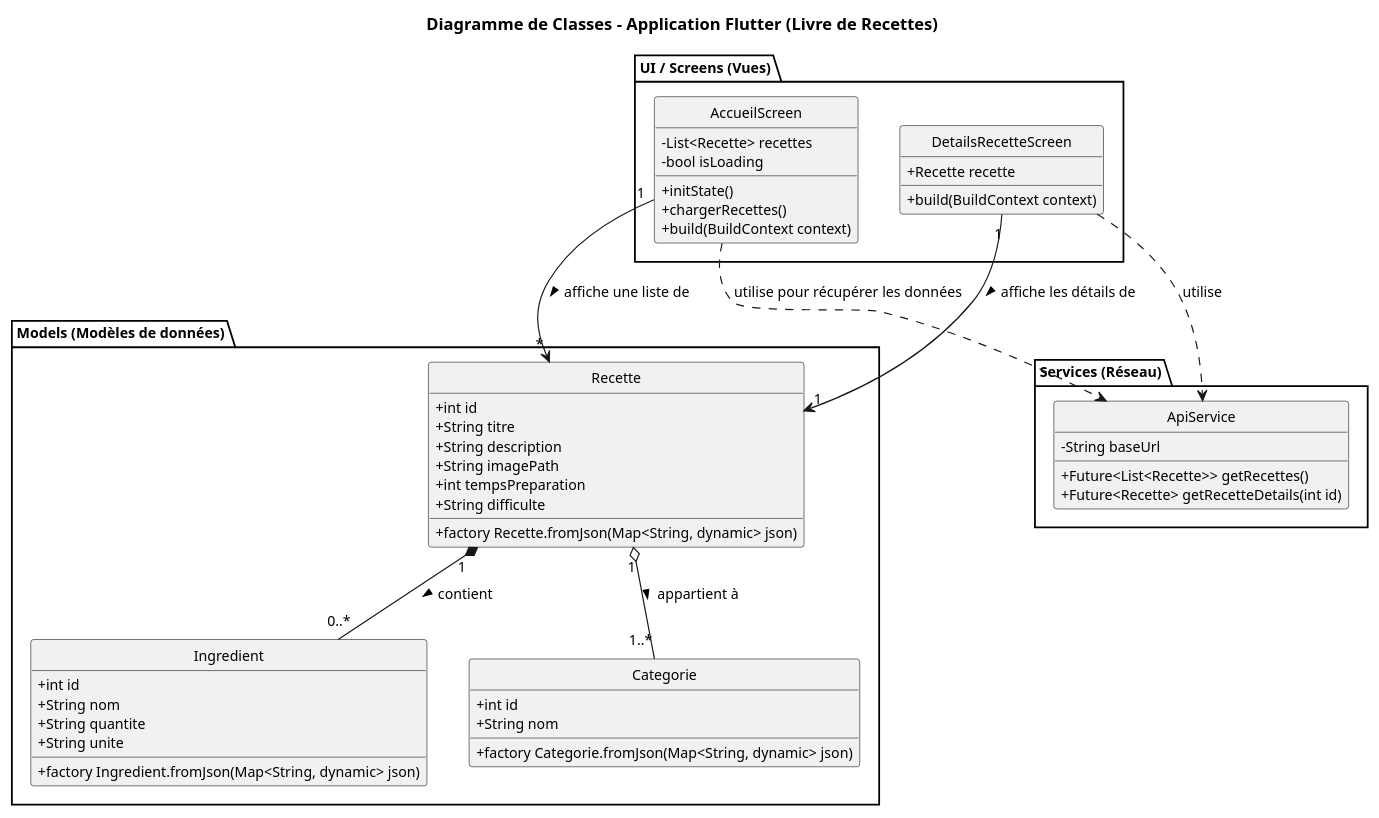
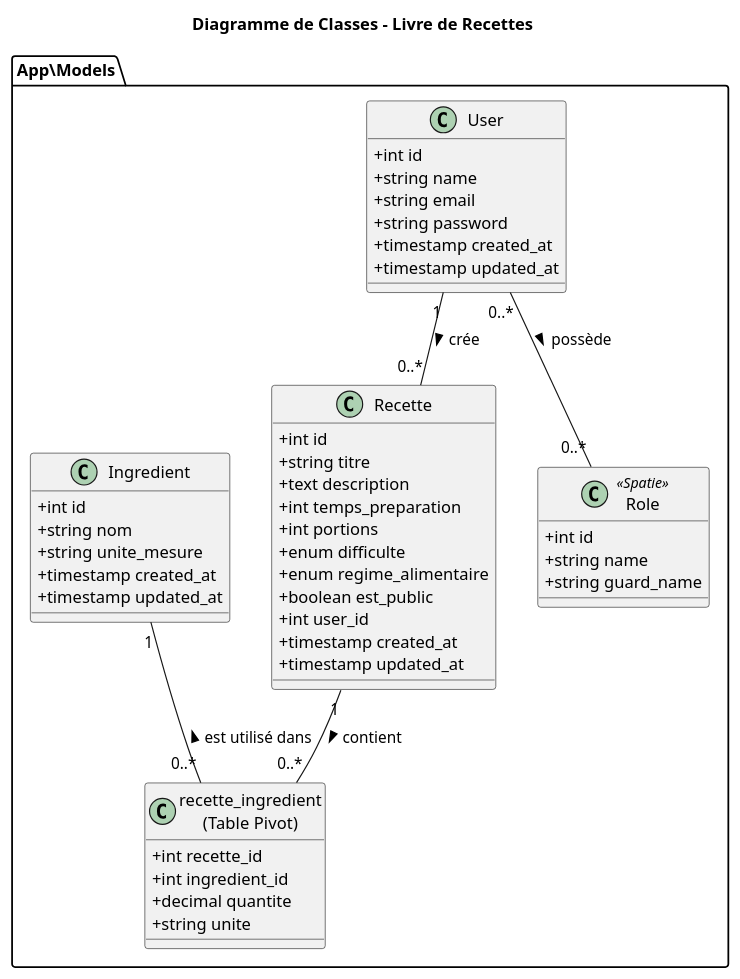
One commit to LThuillier/Livre-de-recette-Lima changed the diagram in diagram.puml. Above: the diagram before and after it, drawn with PlantUML. The commit also changed 2 other files, not shown here.

Commit message:
diagrammes PUML

```diff
--- a/diagram.puml
+++ b/diagram.puml
@@ -1,68 +1,60 @@
 @startuml
-skinparam style strictuml
 skinparam classAttributeIconSize 0
-skinparam DefaultFontName Arial
-skinparam DefaultFontSize 12
+skinparam monochrome false
+skinparam shadowing false
 
-title Diagramme de Classes - Application Flutter (Livre de Recettes)
+title Diagramme de Classes - Livre de Recettes
 
-package "Models (Modèles de données)" {
+package "App\\Models" {
+    
+    class User {
+        + int id
+        + string name
+        + string email
+        + string password
+        + timestamp created_at
+        + timestamp updated_at
+    }
+
     class Recette {
         + int id
-        + String titre
-        + String description
-        + String imagePath
-        + int tempsPreparation
-        + String difficulte
-        + factory Recette.fromJson(Map<String, dynamic> json)
+        + string titre
+        + text description
+        + int temps_preparation
+        + int portions
+        + enum difficulte
+        + enum regime_alimentaire
+        + boolean est_public
+        + int user_id
+        + timestamp created_at
+        + timestamp updated_at
     }
 
     class Ingredient {
         + int id
-        + String nom
-        + String quantite
-        + String unite
-        + factory Ingredient.fromJson(Map<String, dynamic> json)
+        + string nom
+        + string unite_mesure
+        + timestamp created_at
+        + timestamp updated_at
     }
 
-    class Categorie {
+    class Role <<Spatie>> {
         + int id
-        + String nom
-        + factory Categorie.fromJson(Map<String, dynamic> json)
+        + string name
+        + string guard_name
+    }
+
+    class "recette_ingredient\n(Table Pivot)" as Pivot {
+        + int recette_id
+        + int ingredient_id
+        + decimal quantite
+        + string unite
     }
 }
 
-package "Services (Réseau)" {
-    class ApiService {
-        - String baseUrl
-        + Future<List<Recette>> getRecettes()
-        + Future<Recette> getRecetteDetails(int id)
-    }
-}
-
-package "UI / Screens (Vues)" {
-    class AccueilScreen {
-        - List<Recette> recettes
-        - bool isLoading
-        + initState()
-        + chargerRecettes()
-        + build(BuildContext context)
-    }
-
-    class DetailsRecetteScreen {
-        + Recette recette
-        + build(BuildContext context)
-    }
-}
-
-' Relations entre les classes
-Recette "1" *-- "0..*" Ingredient : "contient >"
-Recette "1" o-- "1..*" Categorie : "appartient à >"
-
-AccueilScreen ..> ApiService : "utilise pour récupérer les données"
-DetailsRecetteScreen ..> ApiService : "utilise"
-
-AccueilScreen "1" --> "*" Recette : "affiche une liste de >"
-DetailsRecetteScreen "1" --> "1" Recette : "affiche les détails de >"
+User "1" -- "0..*" Recette : crée >
+User "0..*" -- "0..*" Role : possède >
+Recette "1" -- "0..*" Pivot : contient >
+Ingredient "1" -- "0..*" Pivot : est utilisé dans <
 
 @enduml
```
